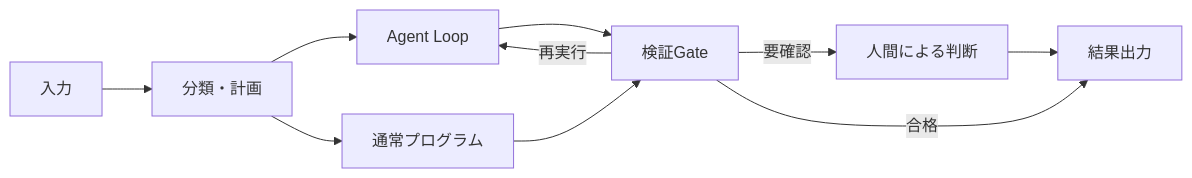
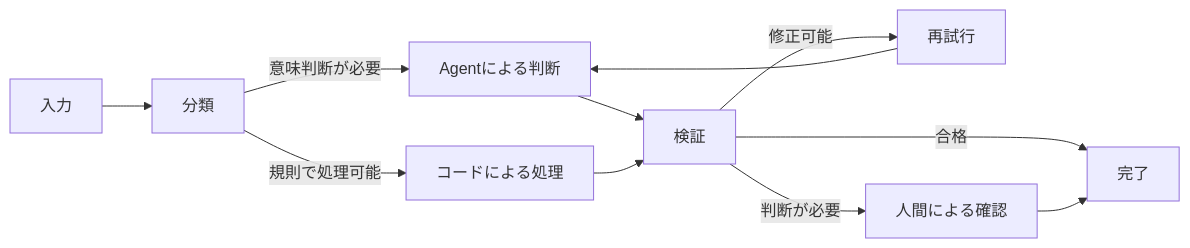
The first of 2 diagrams in public/2026-07-31_graph-engineeringから考える-agentシステム設計で大切なこと.md (SF-28/qiita), drawn with Mermaid before and after one commit. The commit also changed other lines of this file, not shown here.

````diff
--- a/public/2026-07-31_graph-engineeringから考える-agentシステム設計で大切なこと.md
+++ b/public/2026-07-31_graph-engineeringから考える-agentシステム設計で大切なこと.md
@@ -184,14 +201,16 @@
 ```mermaid
 flowchart LR
-    A[入力] --> B[分類・計画]
-    B --> C[Agent Loop]
-    B --> D[通常プログラム]
+    Start[入力] --> Classify[分類]
+    Classify -->|意味判断が必要| Agent[Agentによる判断]
+    Classify -->|規則で処理可能| Code[コードによる処理]
 
-    C --> E[検証Gate]
-    D --> E
+    Agent --> Validate[検証]
+    Code --> Validate
 
-    E -->|再実行| C
-    E -->|要確認| F[人間による判断]
-    E -->|合格| G[結果出力]
-    F --> G
+    Validate -->|合格| Complete[完了]
+    Validate -->|修正可能| Retry[再試行]
+    Validate -->|判断が必要| Human[人間による確認]
+
+    Retry --> Agent
+    Human --> Complete
 ```
````
